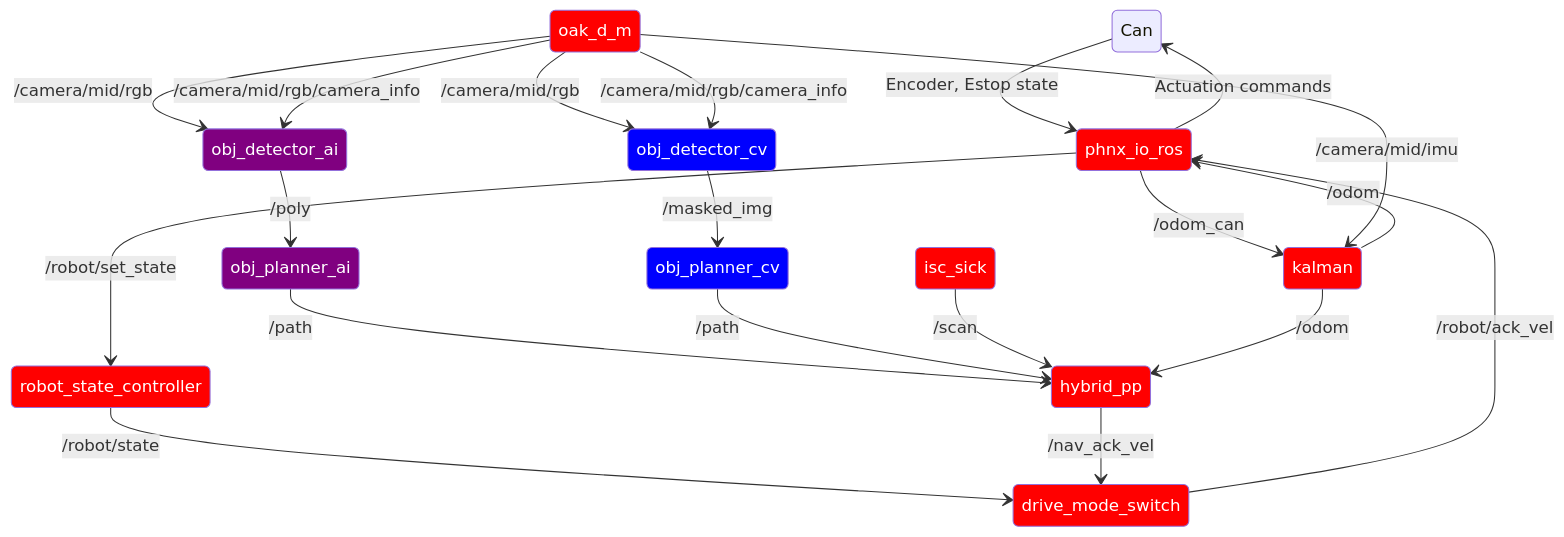
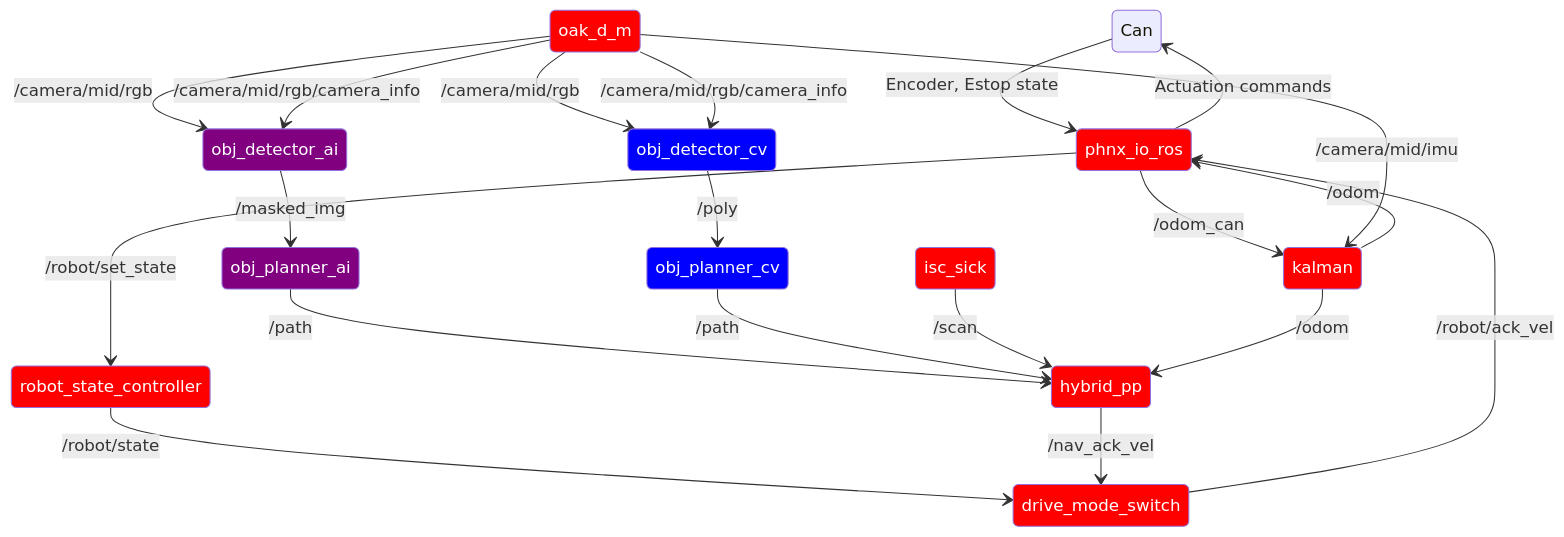
One commit to ISC-Project-Phoenix/design changed the diagram in software/ros/phoenix_robot.md. Above: the diagram before and after it, drawn with Mermaid. The commit also changed 1 other file, not shown here.

Commit message:
Updated gazeo/webots graph

````diff
--- a/software/ros/phoenix_robot.md
+++ b/software/ros/phoenix_robot.md
@@ -22,43 +22,43 @@
 ```mermaid
 stateDiagram-v2
     classDef common color:white,fill:red
     classDef data color:white,fill:blue
     classDef prod color:white,fill:black
     classDef util color:white,fill:purple
     classDef ai color:white,fill:purple
     classDef opencv color:white,fill:blue
 
     %% Hardware interfaces
     Can --> phnx_io_ros:::common: Encoder, Estop state
     phnx_io_ros:::common --> Can: Actuation commands
     
     %% command controllers
     drive_mode_switch:::common --> phnx_io_ros:::common: /robot/ack_vel
     
     
     %% state control
     phnx_io_ros:::common --> robot_state_controller:::common: /robot/set_state
     robot_state_controller:::common --> drive_mode_switch:::common: /robot/state
 
     %% Localisation
     phnx_io_ros:::common --> kalman:::common: /odom_can
     oak_d_m:::common --> kalman:::common: /camera/mid/imu
     
 
     %% new stuff
     oak_d_m:::common --> obj_detector_ai:::ai: /camera/mid/rgb
     oak_d_m:::common --> obj_detector_cv:::ai: /camera/mid/rgb
     oak_d_m:::common --> obj_detector_cv:::opencv: /camera/mid/rgb/camera_info
     oak_d_m:::common --> obj_detector_ai:::opencv: /camera/mid/rgb/camera_info
-    obj_detector_ai:::ai --> obj_planner_ai:::common: /poly
-    obj_detector_cv:::opencv --> obj_planner_cv:::common: /masked_img
+    obj_detector_ai:::ai --> obj_planner_ai:::ai: /masked_img
+    obj_detector_cv:::opencv --> obj_planner_cv:::opencv: /poly
 
     obj_planner_ai:::ai --> hybrid_pp:::common: /path
     obj_planner_cv:::opencv --> hybrid_pp:::common: /path
     hybrid_pp:::common --> drive_mode_switch: /nav_ack_vel
 
     isc_sick:::common --> hybrid_pp:::common: /scan
 
     kalman:::common --> phnx_io_ros: /odom
     kalman:::common --> hybrid_pp: /odom
 ```
````
